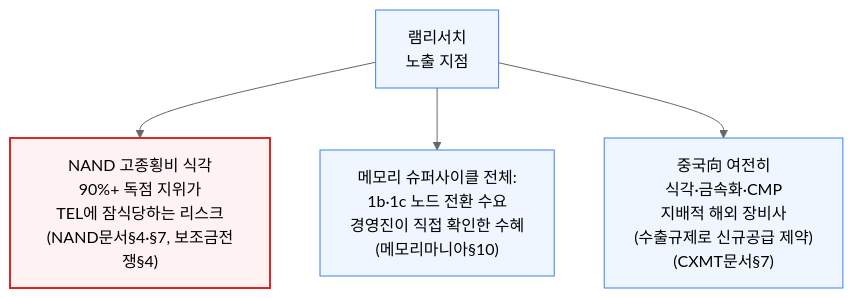
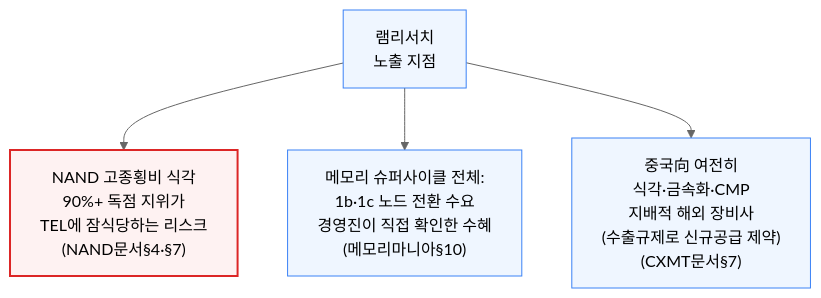
Before and after one commit to yohan4477/semi-report: the sixth of 12 diagrams in 통합 리포트/[260706] 기업별 익스포저 리포트 - 반도체·메모리.md, drawn with Mermaid (neutral theme). The commit also changed other lines of this file and 1 other file, not shown here.

````diff
--- a/통합 리포트/[260706] 기업별 익스포저 리포트 - 반도체·메모리.md
+++ b/통합 리포트/[260706] 기업별 익스포저 리포트 - 반도체·메모리.md
@@ -191,10 +190,10 @@
 ```mermaid
 flowchart TD
-    LRCX["램리서치<br/>노출 지점"] --> A["NAND 고종횡비 식각<br/>90%+ 독점 지위가<br/>TEL에 잠식당하는 리스크<br/>(NAND문서§4·§7, 보조금전쟁§4)"]
+    LRCX["램리서치<br/>노출 지점"] --> A["NAND 고종횡비 식각<br/>90%+ 독점 지위가<br/>TEL에 잠식당하는 리스크<br/>(NAND문서§4·§7)"]
     LRCX --> B["메모리 슈퍼사이클 전체:<br/>1b·1c 노드 전환 수요<br/>경영진이 직접 확인한 수혜<br/>(메모리마니아§10)"]
     LRCX --> C["중국向 여전히<br/>식각·금속화·CMP<br/>지배적 해외 장비사<br/>(수출규제로 신규공급 제약)<br/>(CXMT문서§7)"]
 
     classDef default fill:#eff6ff,stroke:#3b82f6,stroke-width:1px;
     classDef danger fill:#fef2f2,stroke:#dc2626,stroke-width:2px;
     class A danger;
 ```
````
